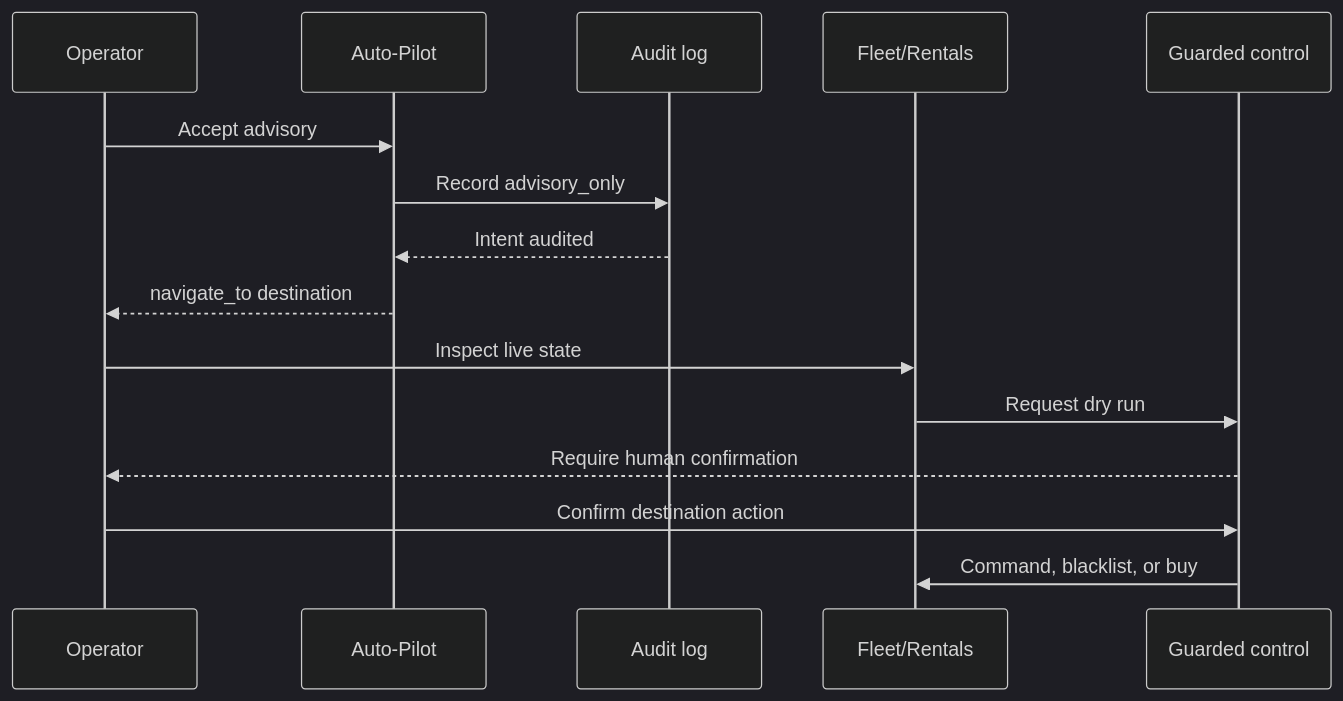
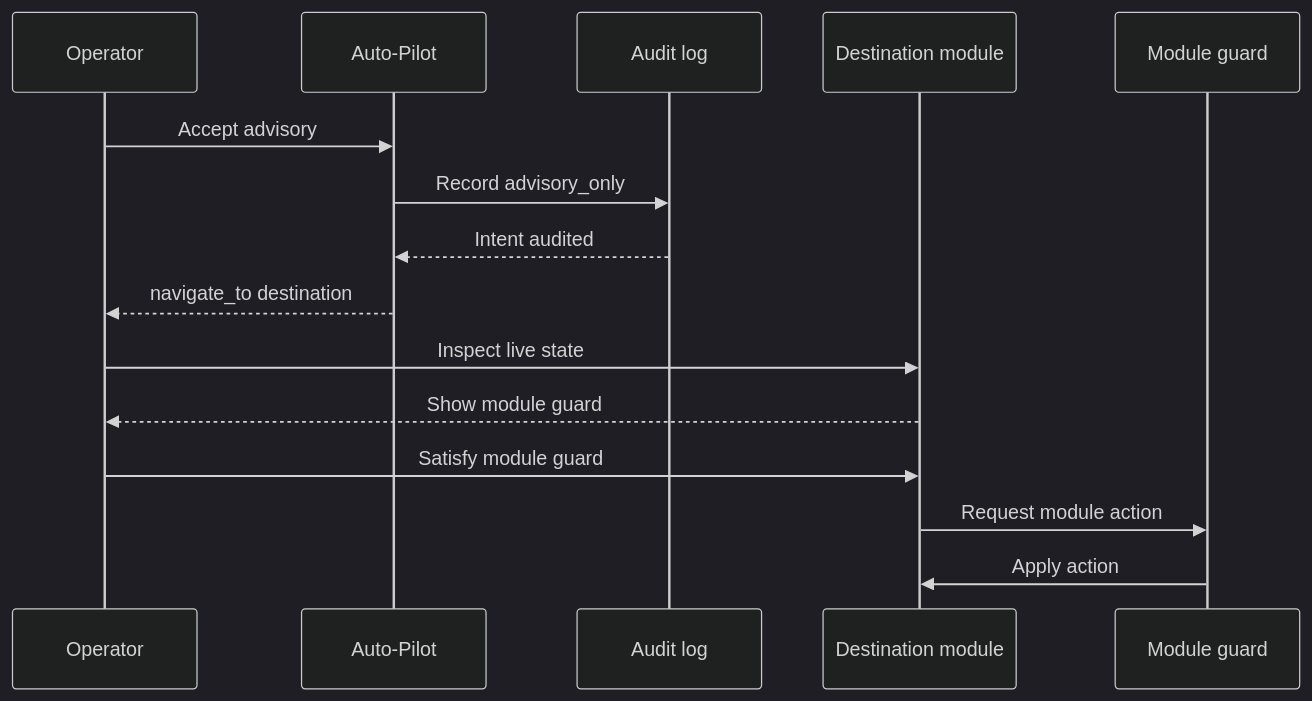
The diagram in docs/architecture/runtime-map.md (0xjc65eth/cypher65-war-room), drawn with Mermaid (dark theme) before and after one commit. The commit also changed other lines of this file and 37 other files, not shown here.

````diff
--- a/docs/architecture/runtime-map.md
+++ b/docs/architecture/runtime-map.md
@@ -25,17 +25,17 @@
 ```mermaid
 sequenceDiagram
     participant O as Operator
     participant A as Auto-Pilot
     participant L as Audit log
-    participant D as Fleet/Rentals
-    participant G as Guarded control
+    participant D as Destination module
+    participant G as Module guard
     O->>A: Accept advisory
     A->>L: Record advisory_only
     L-->>A: Intent audited
     A-->>O: navigate_to destination
     O->>D: Inspect live state
-    D->>G: Request dry run
-    G-->>O: Require human confirmation
-    O->>G: Confirm destination action
-    G->>D: Command, blacklist, or buy
+    D-->>O: Show module guard
+    O->>D: Satisfy module guard
+    D->>G: Request module action
+    G->>D: Apply action
 ```
````
